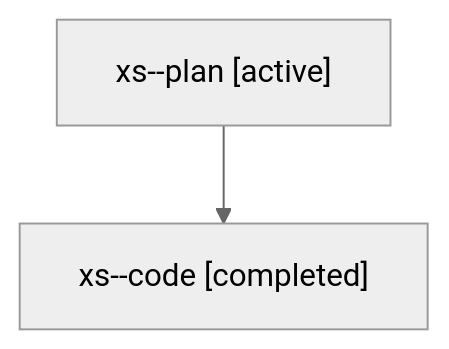
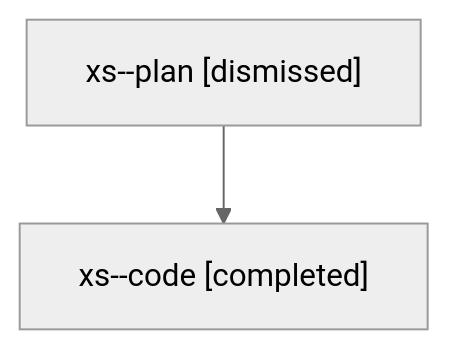
The diagram in sessions/bbugyi200.athena.xs.md (sase-org/sase--agents), drawn with Mermaid (neutral theme) before and after one commit. The commit also changed other lines of this file and 18 other files, not shown here.

````diff
--- a/sessions/bbugyi200.athena.xs.md
+++ b/sessions/bbugyi200.athena.xs.md
@@ -9,6 +9,6 @@
 ```mermaid
 flowchart TD
-  n0["xs--plan [active]"]
+  n0["xs--plan [dismissed]"]
   n1["xs--code [completed]"]
   n0 --> n1
 ```
````
